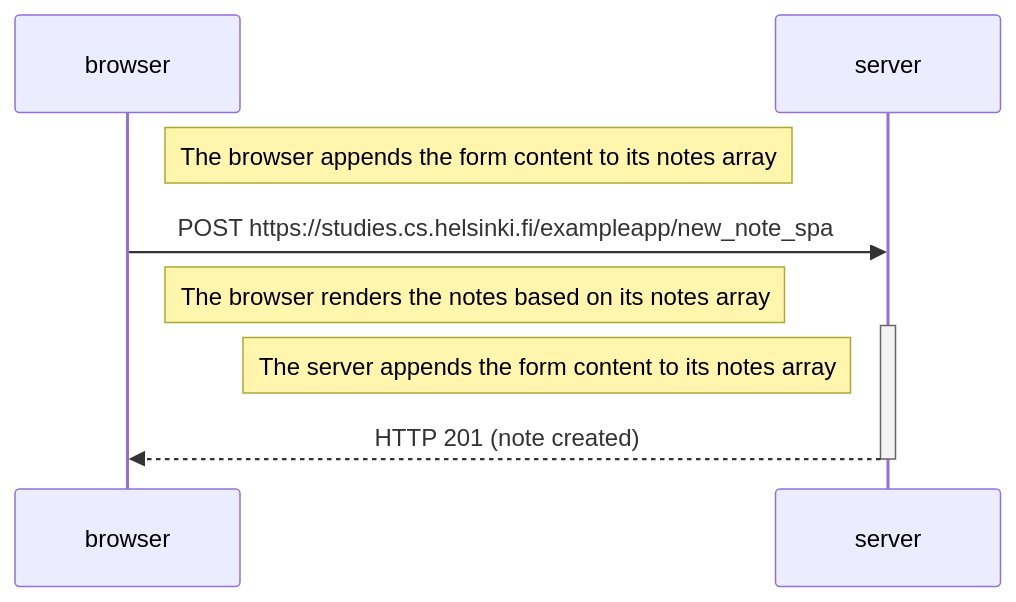
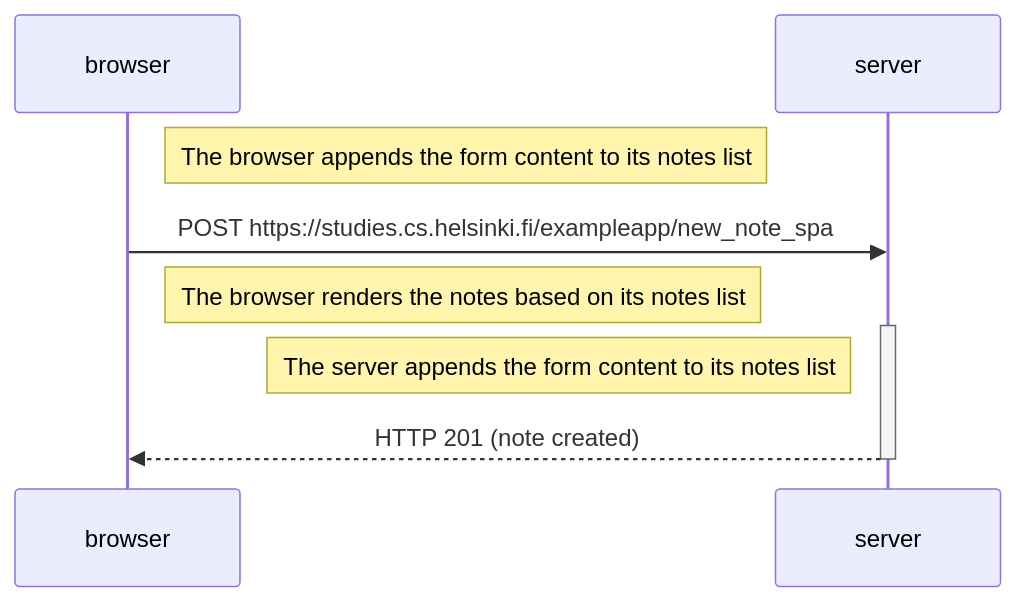
The diagram in ex0_6.md (thomastoumasu/fullstack), drawn with Mermaid before and after one commit.

````diff
--- a/ex0_6.md
+++ b/ex0_6.md
@@ -1,13 +1,13 @@
 ```mermaid
 sequenceDiagram
     participant browser
     participant server
 
-    Note right of browser: The browser appends the form content to its notes array
+    Note right of browser: The browser appends the form content to its notes list
     browser->>server: POST https://studies.cs.helsinki.fi/exampleapp/new_note_spa
-    Note right of browser: The browser renders the notes based on its notes array
+    Note right of browser: The browser renders the notes based on its notes list
     activate server
-    Note left of server: The server appends the form content to its notes array
+    Note left of server: The server appends the form content to its notes list
     server-->>browser: HTTP 201 (note created)
     deactivate server
 ```
````
